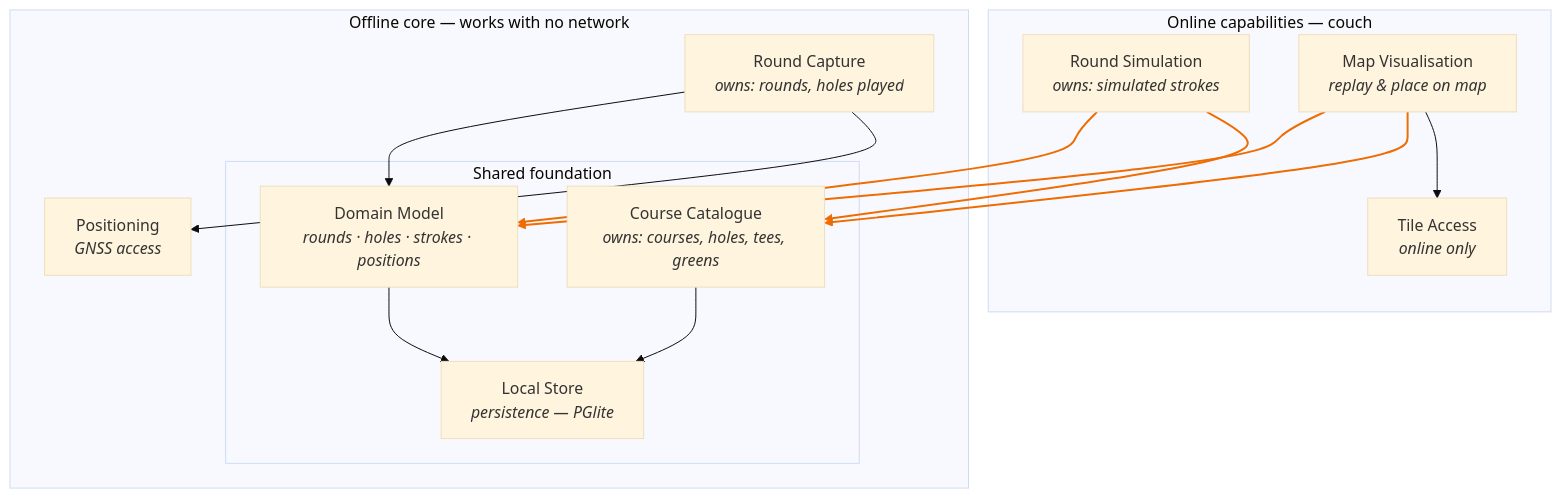
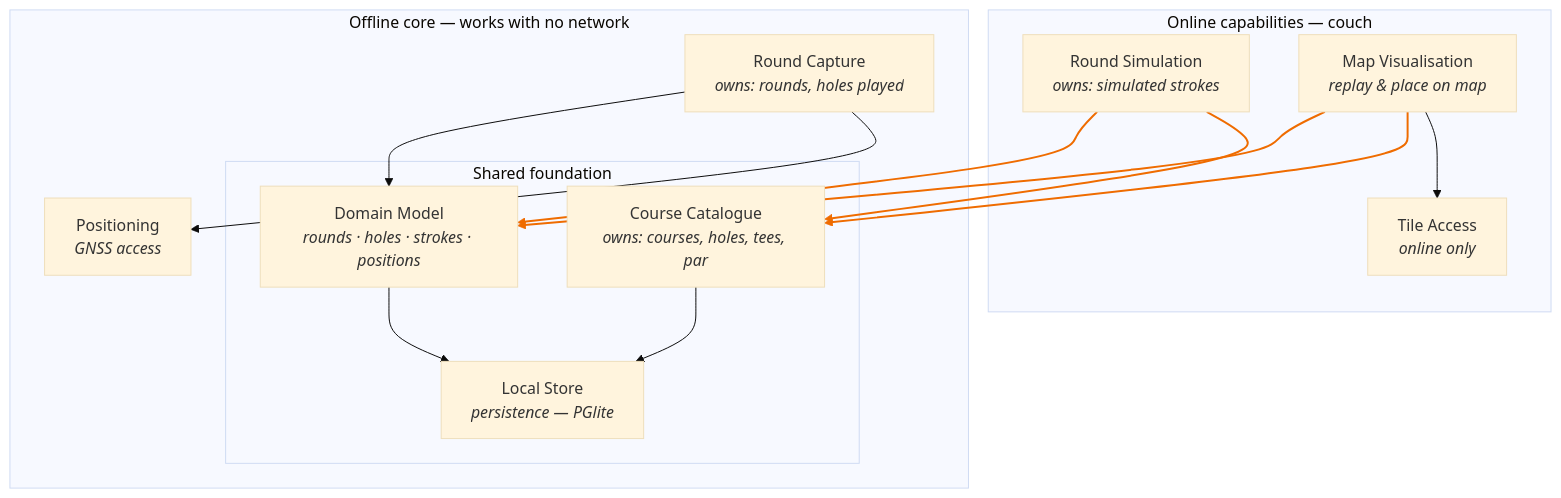
The second of 2 diagrams in CLAUDE.md (roeselert/golftrainer), drawn with Mermaid (base theme) before and after one commit. The commit also changed other lines of this file and 17 other files, not shown here.

````diff
--- a/CLAUDE.md
+++ b/CLAUDE.md
@@ -152,32 +152,32 @@
 ```mermaid
 flowchart TB
     subgraph online["Online capabilities — couch"]
         sim["Round Simulation<br/><i>owns: simulated strokes</i>"]
         viz["Map Visualisation<br/><i>replay & place on map</i>"]
         tiles["Tile Access<br/><i>online only</i>"]
     end
 
     subgraph offline["Offline core — works with no network"]
         capture["Round Capture<br/><i>owns: rounds, holes played</i>"]
         loc["Positioning<br/><i>GNSS access</i>"]
 
         subgraph shared["Shared foundation"]
             domain["Domain Model<br/><i>rounds · holes · strokes · positions</i>"]
-            course["Course Catalogue<br/><i>owns: courses, holes, tees, greens</i>"]
+            course["Course Catalogue<br/><i>owns: courses, holes, tees, par</i>"]
             store["Local Store<br/><i>persistence — PGlite</i>"]
         end
     end
 
     sim --> domain
     sim --> course
     viz --> domain
     viz --> course
     viz --> tiles
 
     capture --> domain
     capture --> loc
     domain --> store
     course --> store
 
     linkStyle 0,1,2,3 stroke:#ef6c00,stroke-width:2px
 ```
````
